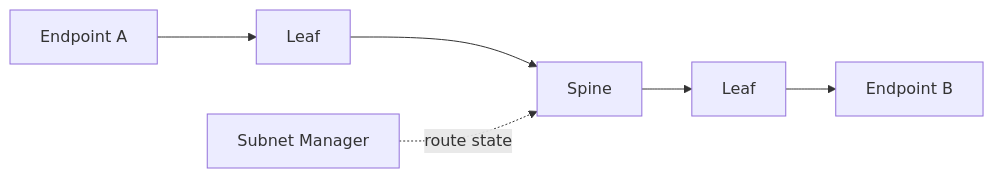
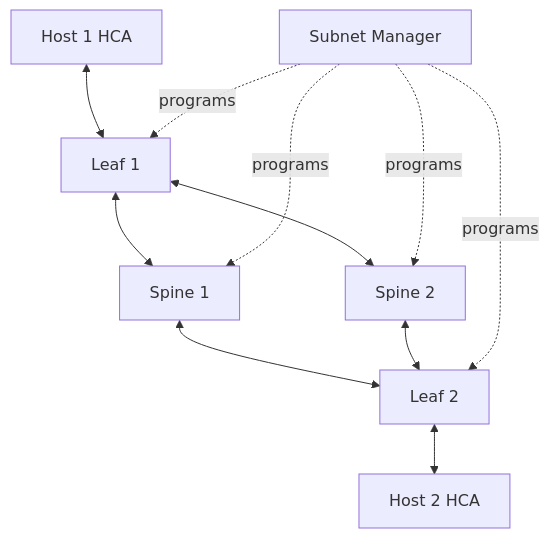
The diagram in docs/nvidia-zero-to-hero/volume-08/labs/lab-03-inspect-subnet-routing-and-counters.md (jithinpnjm/nvidia-devops), drawn with Mermaid before and after one commit. The commit also changed other lines of this file and 11 other files, not shown here.

````diff
--- a/docs/nvidia-zero-to-hero/volume-08/labs/lab-03-inspect-subnet-routing-and-counters.md
+++ b/docs/nvidia-zero-to-hero/volume-08/labs/lab-03-inspect-subnet-routing-and-counters.md
@@ -31,8 +41,21 @@
 ```mermaid
-flowchart LR
-    A[Endpoint A] --> L1[Leaf]
-    L1 --> S[Spine]
-    S --> L2[Leaf]
-    L2 --> B[Endpoint B]
-    SM[Subnet Manager] -. route state .-> S
+flowchart TB
+    H1[Host 1 HCA]
+    L1[Leaf 1]
+    S1[Spine 1]
+    S2[Spine 2]
+    L2[Leaf 2]
+    H2[Host 2 HCA]
+    SM[Subnet Manager]
+
+    H1 <--> L1
+    L1 <--> S1
+    L1 <--> S2
+    S1 <--> L2
+    S2 <--> L2
+    L2 <--> H2
+    SM -. programs .-> L1
+    SM -. programs .-> S1
+    SM -. programs .-> S2
+    SM -. programs .-> L2
 ```
````
